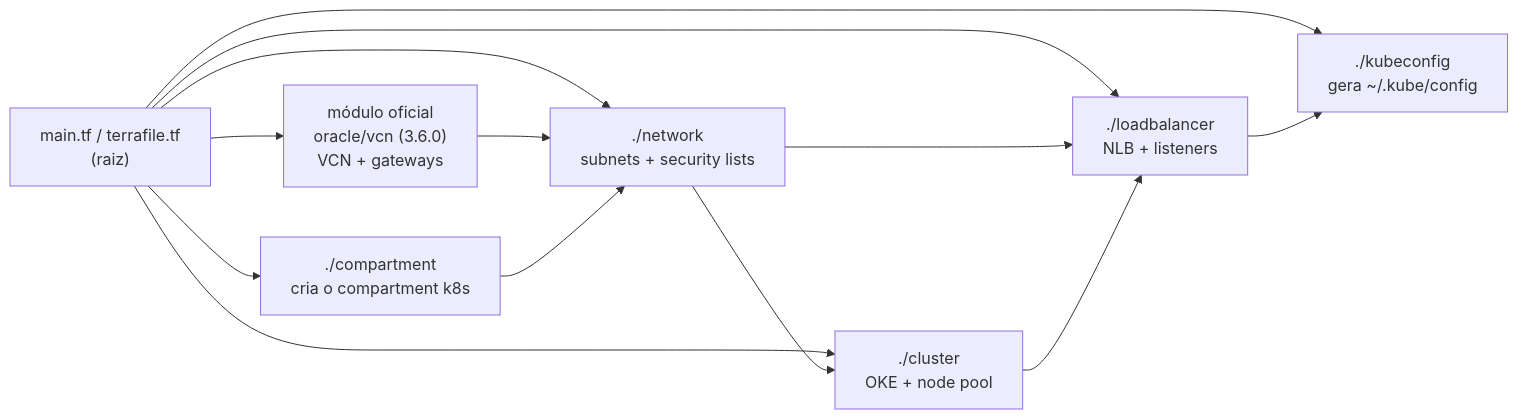
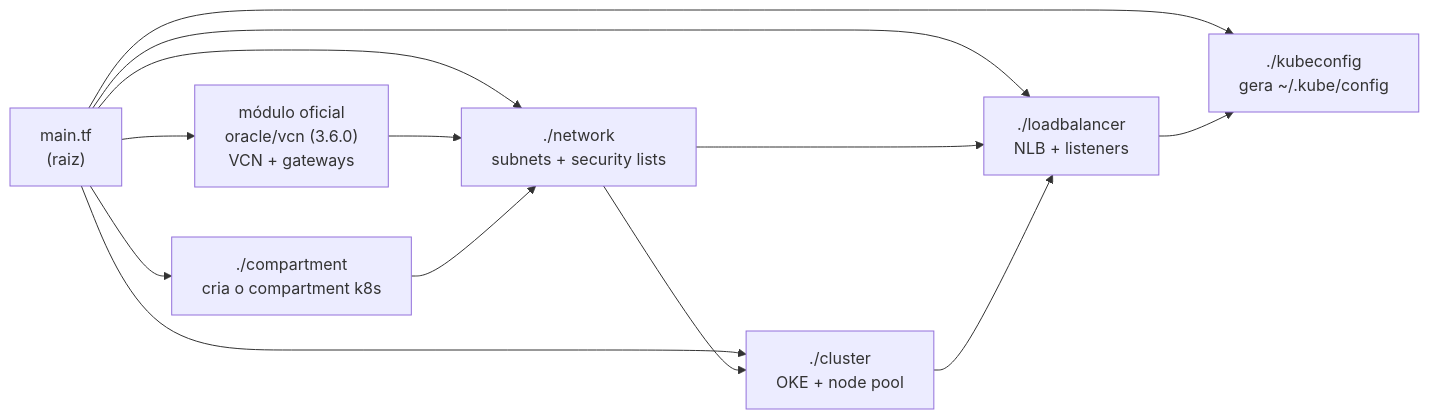
The second of 2 diagrams in README.md (juanozorio/oke-cluster), drawn with Mermaid before and after one commit. The commit also changed other lines of this file and 7 other files, not shown here.

````diff
--- a/README.md
+++ b/README.md
@@ -112,17 +113,17 @@
 ```mermaid
 flowchart LR
-    root["main.tf / terrafile.tf<br/>(raiz)"]
+    root["main.tf<br/>(raiz)"]
     root --> compartment["./compartment<br/>cria o compartment k8s"]
     root --> vcn["módulo oficial<br/>oracle/vcn (3.6.0)<br/>VCN + gateways"]
     root --> network["./network<br/>subnets + security lists"]
     root --> cluster["./cluster<br/>OKE + node pool"]
     root --> loadbalancer["./loadbalancer<br/>NLB + listeners"]
     root --> kubeconfig["./kubeconfig<br/>gera ~/.kube/config"]
 
     vcn --> network
     compartment --> network
     network --> cluster
     network --> loadbalancer
     cluster --> loadbalancer
     loadbalancer --> kubeconfig
 ```
````
